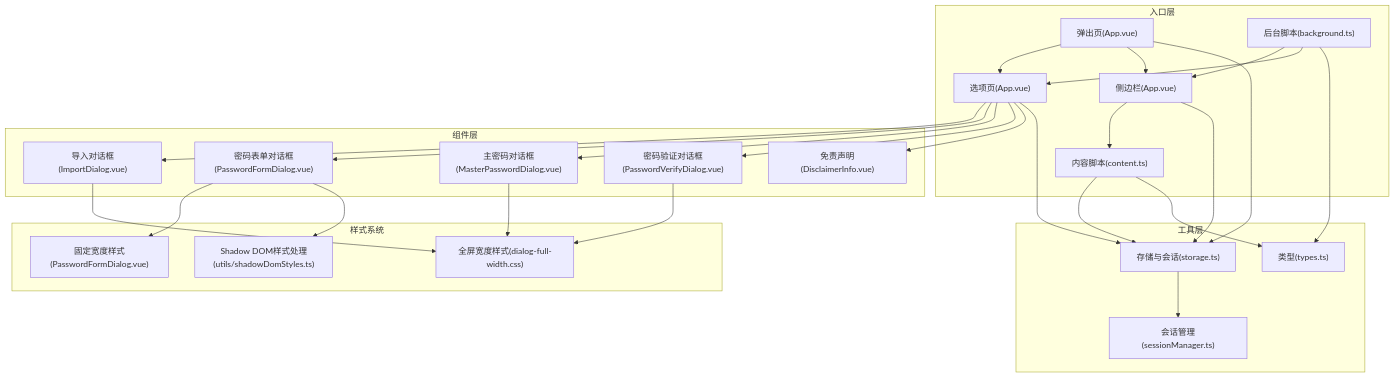
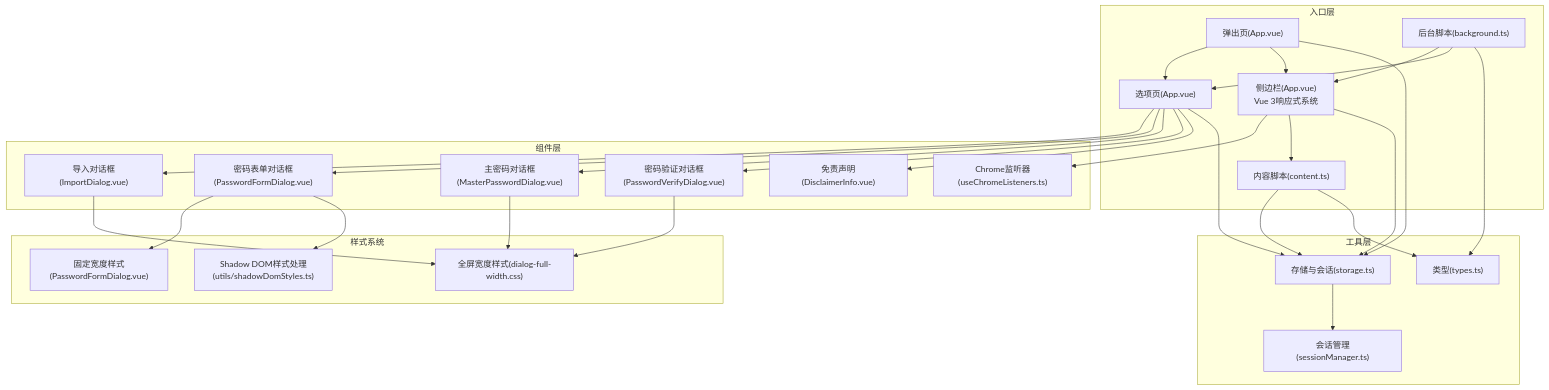
One commit to liaolongdong/account-password-helper changed the first of 7 diagrams in .qoder/repowiki/zh/content/用户界面组件/用户界面组件.md. Above: the diagram before and after it, drawn with Mermaid. The commit also changed other lines of this file and 4 other files, not shown here.

````diff
--- a/.qoder/repowiki/zh/content/用户界面组件/用户界面组件.md
+++ b/.qoder/repowiki/zh/content/用户界面组件/用户界面组件.md
@@ -67,49 +73,51 @@
 ```mermaid
 graph TB
 subgraph "入口层"
 Options["选项页(App.vue)"]
 Popup["弹出页(App.vue)"]
-SidePanel["侧边栏(App.vue)"]
+SidePanel["侧边栏(App.vue)<br/>Vue 3响应式系统"]
 Background["后台脚本(background.ts)"]
 Content["内容脚本(content.ts)"]
 end
 subgraph "组件层"
 Discl["免责声明(DisclaimerInfo.vue)"]
 ImportDlg["导入对话框(ImportDialog.vue)"]
 MasterDlg["主密码对话框(MasterPasswordDialog.vue)"]
 VerifyDlg["密码验证对话框(PasswordVerifyDialog.vue)"]
 FormDlg["密码表单对话框(PasswordFormDialog.vue)"]
+ChromeListeners["Chrome监听器(useChromeListeners.ts)"]
 end
 subgraph "样式系统"
 FullWidthCSS["全屏宽度样式(dialog-full-width.css)"]
 FixedWidthCSS["固定宽度样式(PasswordFormDialog.vue)"]
 ShadowDom["Shadow DOM样式处理(utils/shadowDomStyles.ts)"]
 end
 subgraph "工具层"
 Storage["存储与会话(storage.ts)"]
 SessionMgr["会话管理(sessionManager.ts)"]
 Types["类型(types.ts)"]
 end
 Options --> ImportDlg
 Options --> FormDlg
 Options --> MasterDlg
 Options --> VerifyDlg
 Options --> Discl
 Popup --> Options
 Popup --> SidePanel
+SidePanel --> ChromeListeners
 SidePanel --> Content
 Background --> SidePanel
 Background --> Options
 Options --> Storage
 SidePanel --> Storage
 Popup --> Storage
 Content --> Storage
 Storage --> SessionMgr
 Background --> Types
 Content --> Types
 ImportDlg --> FullWidthCSS
 MasterDlg --> FullWidthCSS
 VerifyDlg --> FullWidthCSS
 FormDlg --> FixedWidthCSS
 FormDlg --> ShadowDom
 ```
````
